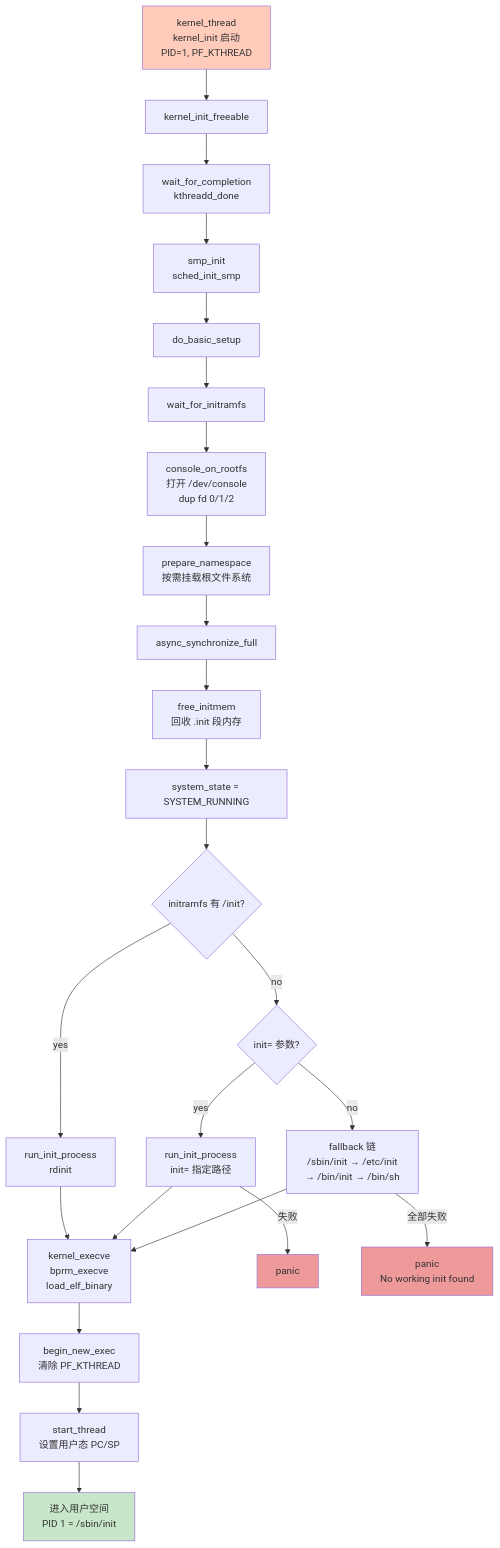
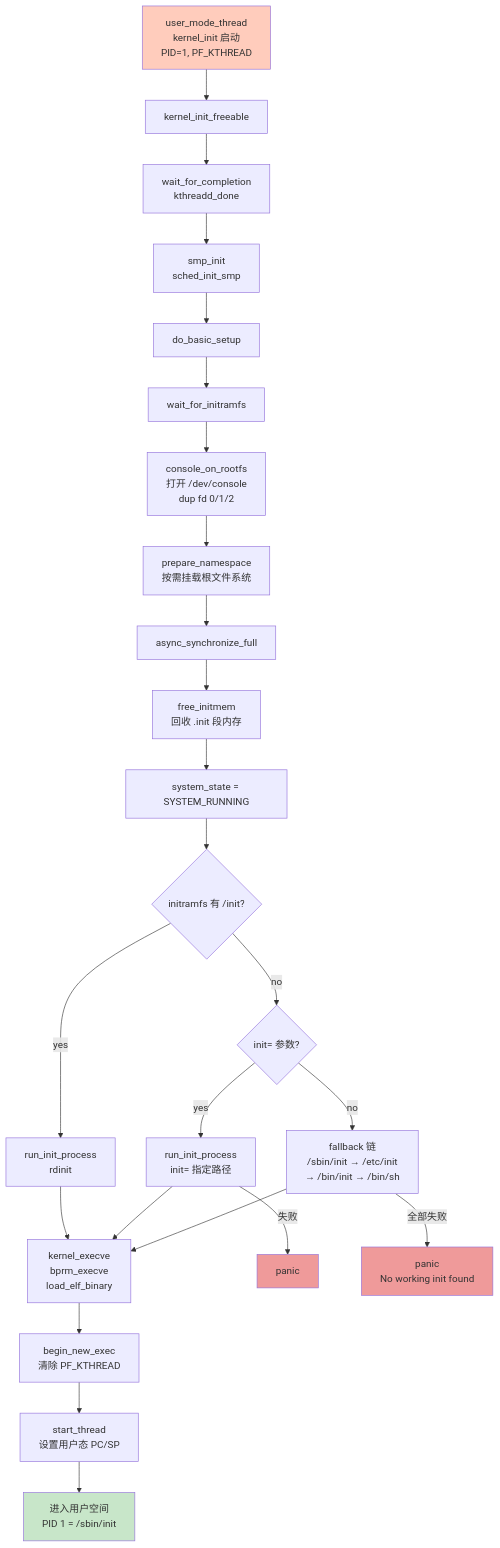
One commit to xiaohong0925/Embedded_Knowledge_System_V2026 changed the diagram in docs/02-核心机制深度解析/第7章 启动链深度解析/7.6.1_kernel_init线程的执行路径.md. Above: the diagram before and after it, drawn with Mermaid. The commit also changed other lines of this file and 49 other files, not shown here.

````diff
--- a/docs/02-核心机制深度解析/第7章 启动链深度解析/7.6.1_kernel_init线程的执行路径.md
+++ b/docs/02-核心机制深度解析/第7章 启动链深度解析/7.6.1_kernel_init线程的执行路径.md
@@ -234,36 +232,36 @@
 ```mermaid
 flowchart TD
-    A[kernel_thread<br>kernel_init 启动<br>PID=1, PF_KTHREAD] --> B[kernel_init_freeable]
+    A[user_mode_thread<br>kernel_init 启动<br>PID=1, PF_KTHREAD] --> B[kernel_init_freeable]
     B --> B1[wait_for_completion<br>kthreadd_done]
     B1 --> B2[smp_init<br>sched_init_smp]
     B2 --> B3[do_basic_setup]
     B3 --> B4[wait_for_initramfs]
     B4 --> B5[console_on_rootfs<br>打开 /dev/console<br>dup fd 0/1/2]
     B5 --> B6[prepare_namespace<br>按需挂载根文件系统]
 
     B6 --> C[async_synchronize_full]
     C --> D[free_initmem<br>回收 .init 段内存]
     D --> E[system_state = SYSTEM_RUNNING]
 
     E --> H{initramfs 有 /init?}
     H -->|yes| I[run_init_process<br>rdinit]
     H -->|no| J{init= 参数?}
     J -->|yes| K[run_init_process<br>init= 指定路径]
     J -->|no| L[fallback 链<br>/sbin/init → /etc/init<br>→ /bin/init → /bin/sh]
 
     I --> M[kernel_execve<br>bprm_execve<br>load_elf_binary]
     K --> M
     L --> M
 
     M --> N[begin_new_exec<br>清除 PF_KTHREAD]
     N --> O[start_thread<br>设置用户态 PC/SP]
     O --> P[进入用户空间<br>PID 1 = /sbin/init]
 
     K -->|失败| R[panic]
     L -->|全部失败| S[panic<br>No working init found]
 
     style A fill:#ffccbc
     style P fill:#c8e6c9
     style R fill:#ef9a9a
     style S fill:#ef9a9a
 ```
````
